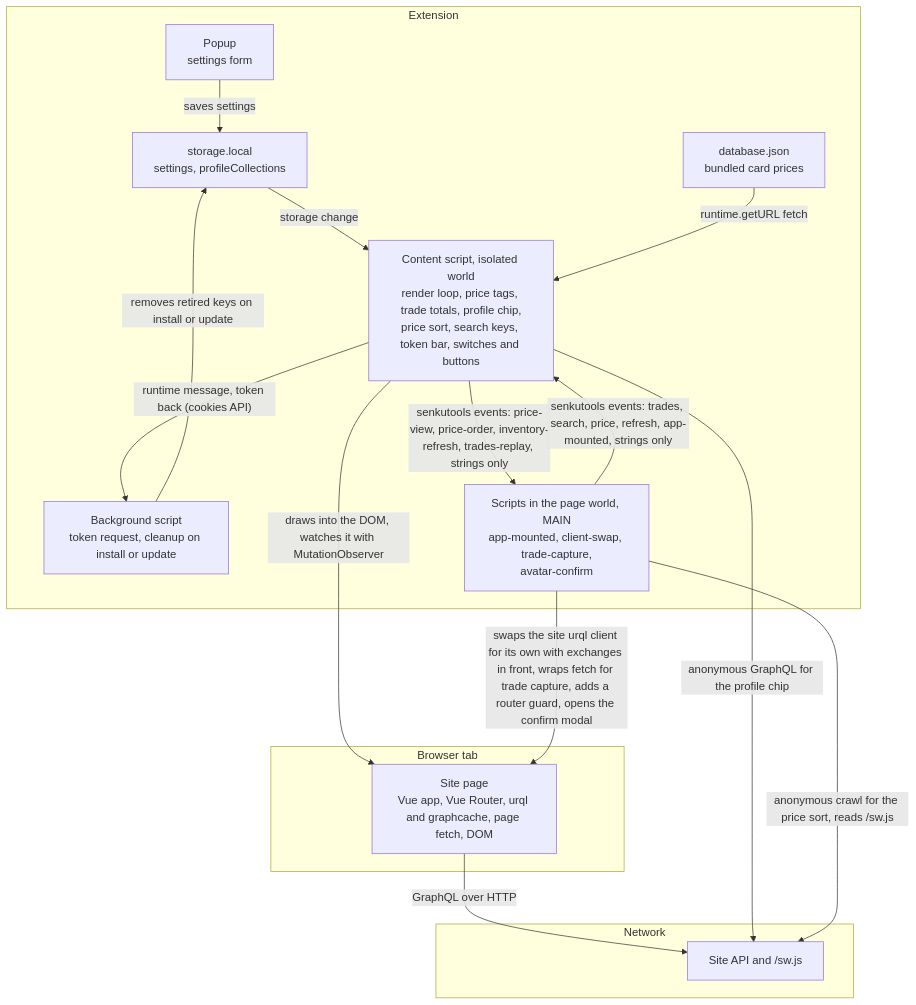
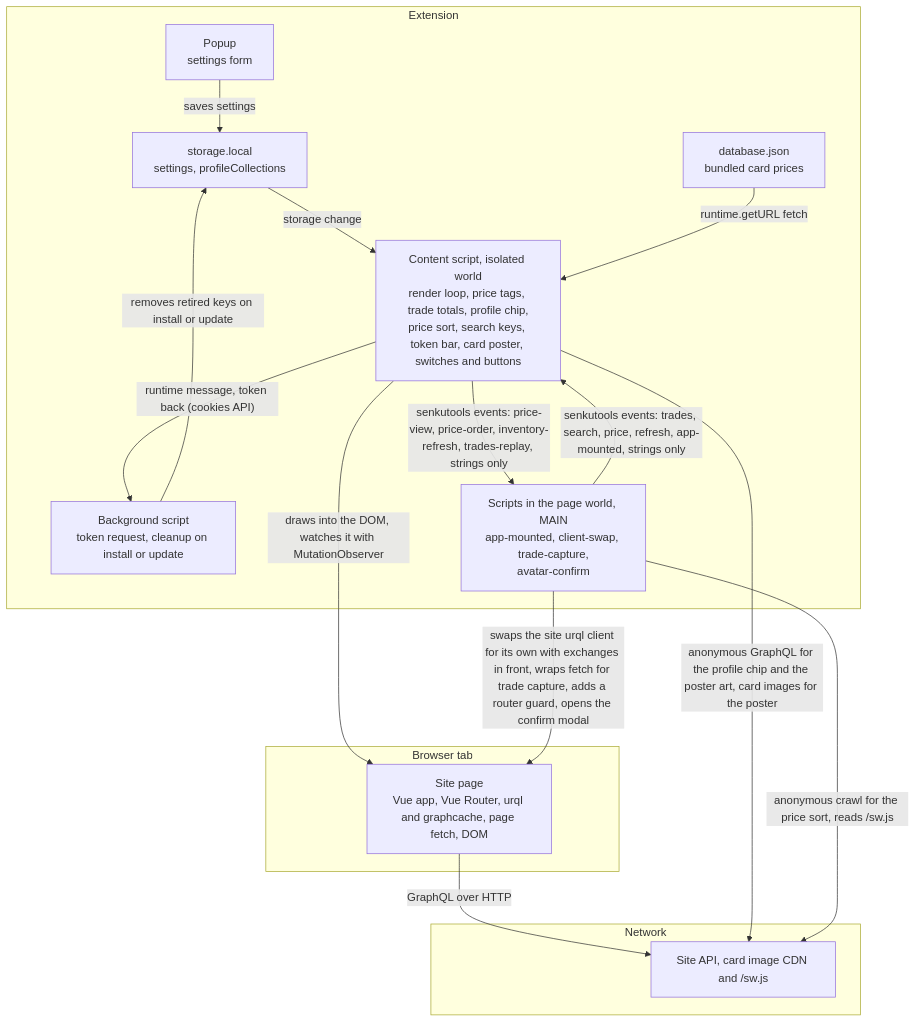
One commit to Antawq/senkuro-tools changed the first of 9 diagrams in docs/architecture.md. Above: the diagram before and after it, drawn with Mermaid. The commit also changed other lines of this file and 3 other files, not shown here.

````diff
--- a/docs/architecture.md
+++ b/docs/architecture.md
@@ -9,29 +9,29 @@
 ```mermaid
 flowchart TB
   subgraph EXT["Extension"]
     P["Popup<br/>settings form"]
     BG["Background script<br/>token request, cleanup on install or update"]
     ST["storage.local<br/>settings, profileCollections"]
     DB["database.json<br/>bundled card prices"]
-    ISO["Content script, isolated world<br/>render loop, price tags, trade totals, profile chip,<br/>price sort, search keys, token bar, switches and buttons"]
+    ISO["Content script, isolated world<br/>render loop, price tags, trade totals, profile chip,<br/>price sort, search keys, token bar, card poster, switches and buttons"]
     MAIN["Scripts in the page world, MAIN<br/>app-mounted, client-swap, trade-capture,<br/>avatar-confirm"]
   end
   subgraph TAB["Browser tab"]
     PAGE["Site page<br/>Vue app, Vue Router, urql and graphcache, page fetch, DOM"]
   end
   subgraph NET["Network"]
-    API["Site API and /sw.js"]
+    API["Site API, card image CDN and /sw.js"]
   end
   P -->|"saves settings"| ST
   BG -->|"removes retired keys on install or update"| ST
   ST -->|"storage change"| ISO
   DB -->|"runtime.getURL fetch"| ISO
   ISO -->|"runtime message, token back (cookies API)"| BG
   ISO -->|"senkutools events: price-view, price-order, inventory-refresh, trades-replay, strings only"| MAIN
   MAIN -->|"senkutools events: trades, search, price, refresh, app-mounted, strings only"| ISO
   ISO -->|"draws into the DOM, watches it with MutationObserver"| PAGE
   MAIN -->|"swaps the site urql client for its own with exchanges in front, wraps fetch for trade capture, adds a router guard, opens the confirm modal"| PAGE
   PAGE -->|"GraphQL over HTTP"| API
-  ISO -->|"anonymous GraphQL for the profile chip"| API
+  ISO -->|"anonymous GraphQL for the profile chip and the poster art, card images for the poster"| API
   MAIN -->|"anonymous crawl for the price sort, reads /sw.js"| API
 ```
````
